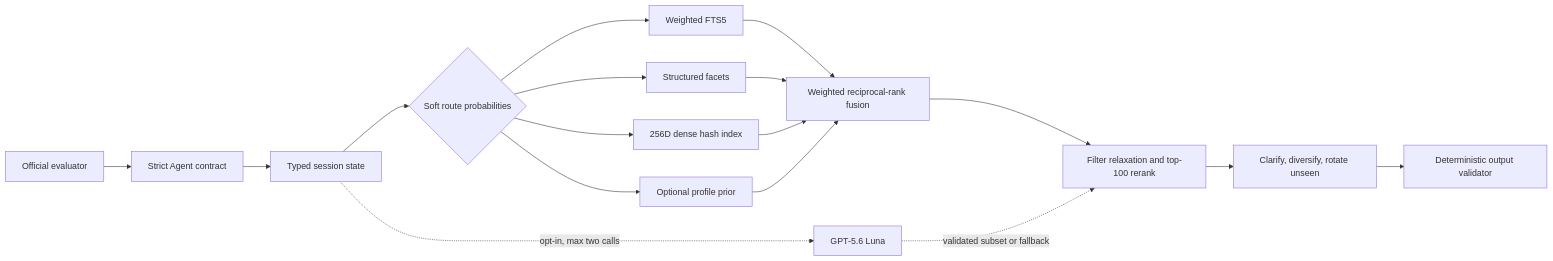
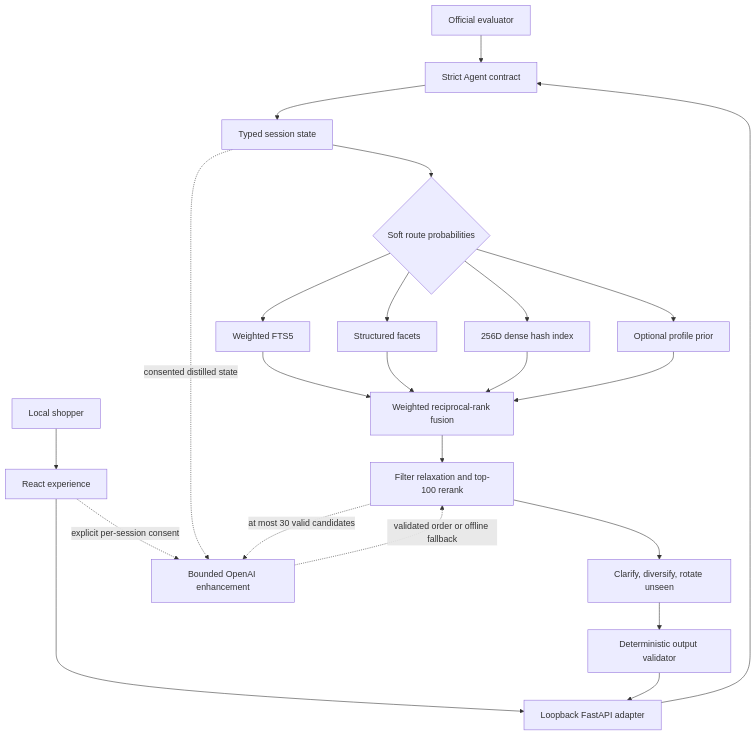
The diagram in docs/technical_report.md (khansa-aaa/shopping-copilot-techjam-2026), drawn with Mermaid before and after one commit. The commit also changed other lines of this file and 45 other files, not shown here.

````diff
--- a/docs/technical_report.md
+++ b/docs/technical_report.md
@@ -14,19 +16,25 @@
 ```mermaid
-flowchart LR
+flowchart TB
   E[Official evaluator] --> A[Strict Agent contract]
+  U[Local shopper] --> UI[React experience]
+  UI --> API[Loopback FastAPI adapter]
+  API --> A
   A --> S[Typed session state]
   S --> R{Soft route probabilities}
   R --> F[Weighted FTS5]
   R --> X[Structured facets]
   R --> D[256D dense hash index]
   R --> P[Optional profile prior]
-  F --> W[Weighted reciprocal-rank fusion]
-  X --> W
-  D --> W
-  P --> W
-  W --> H[Filter relaxation and top-100 rerank]
+  F --> WRF[Weighted reciprocal-rank fusion]
+  X --> WRF
+  D --> WRF
+  P --> WRF
+  WRF --> H[Filter relaxation and top-100 rerank]
   H --> C[Clarify, diversify, rotate unseen]
   C --> V[Deterministic output validator]
-  S -. opt-in, max two calls .-> O[GPT-5.6 Luna]
-  O -. validated subset or fallback .-> H
+  UI -. explicit per-session consent .-> O[Bounded OpenAI enhancement]
+  S -. consented distilled state .-> O
+  H -. at most 30 valid candidates .-> O
+  O -. validated order or offline fallback .-> H
+  V --> API
 ```
````
